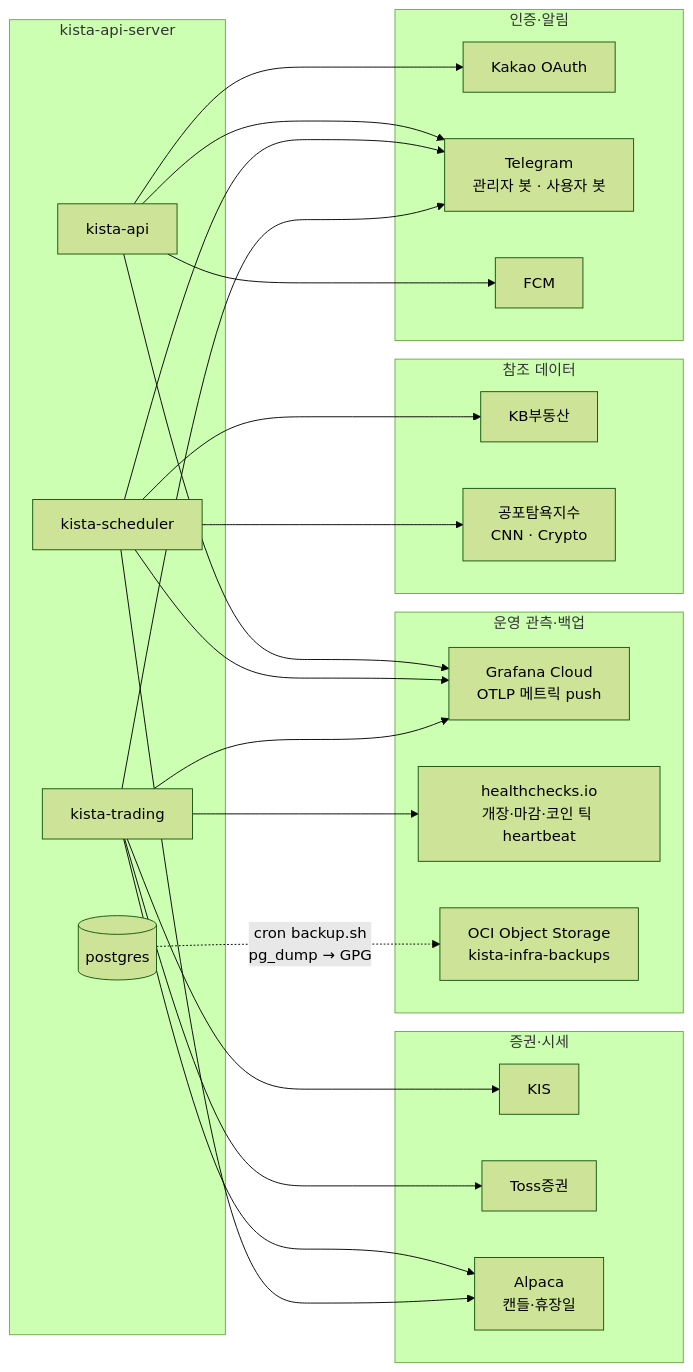
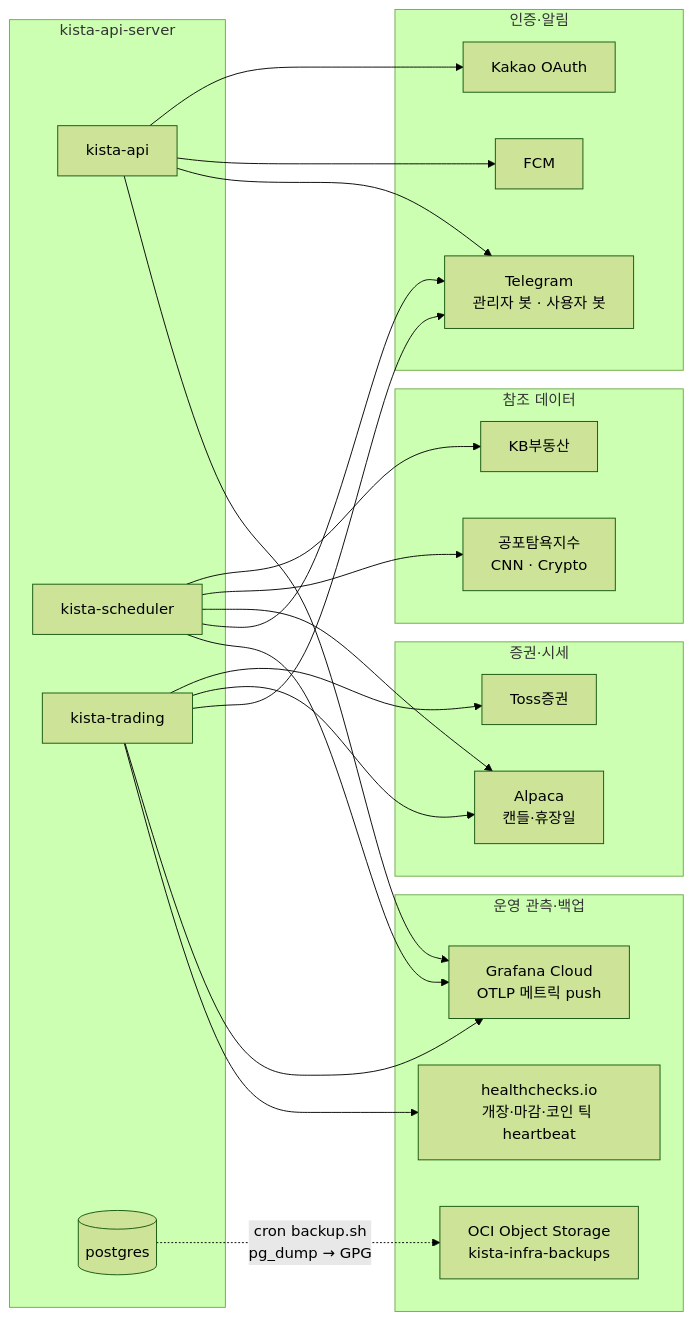
The second of 5 diagrams in docs/architecture-map.md (narafu/kista-api), drawn with Mermaid (forest theme) before and after one commit. The commit also changed other lines of this file and 25 other files, not shown here.

````diff
--- a/docs/architecture-map.md
+++ b/docs/architecture-map.md
@@ -80,37 +79,36 @@
 ```mermaid
 flowchart LR
     subgraph APP["kista-api-server"]
         API["kista-api"]
         SCH["kista-scheduler"]
         TRD["kista-trading"]
         PG[("postgres")]
     end
 
     subgraph BROKER["증권·시세"]
-        KIS["KIS"]
         TOSS["Toss증권"]
         ALPACA["Alpaca<br/>캔들·휴장일"]
     end
     subgraph DATA["참조 데이터"]
         KB["KB부동산"]
         FG["공포탐욕지수<br/>CNN · Crypto"]
     end
     subgraph USERIO["인증·알림"]
         KAKAO["Kakao OAuth"]
         TG["Telegram<br/>관리자 봇 · 사용자 봇"]
         FCM["FCM"]
     end
     subgraph OPS["운영 관측·백업"]
         GRAF["Grafana Cloud<br/>OTLP 메트릭 push"]
         HC["healthchecks.io<br/>개장·마감·코인 틱 heartbeat"]
         OBJ["OCI Object Storage<br/>kista-infra-backups"]
     end
 
-    TRD --> KIS & TOSS & ALPACA
+    TRD --> TOSS & ALPACA
     SCH --> KB & FG & ALPACA
     API --> KAKAO & FCM
     API & SCH & TRD --> TG
     API & SCH & TRD --> GRAF
     TRD --> HC
     PG -.->|"cron backup.sh<br/>pg_dump → GPG"| OBJ
 ```
````
